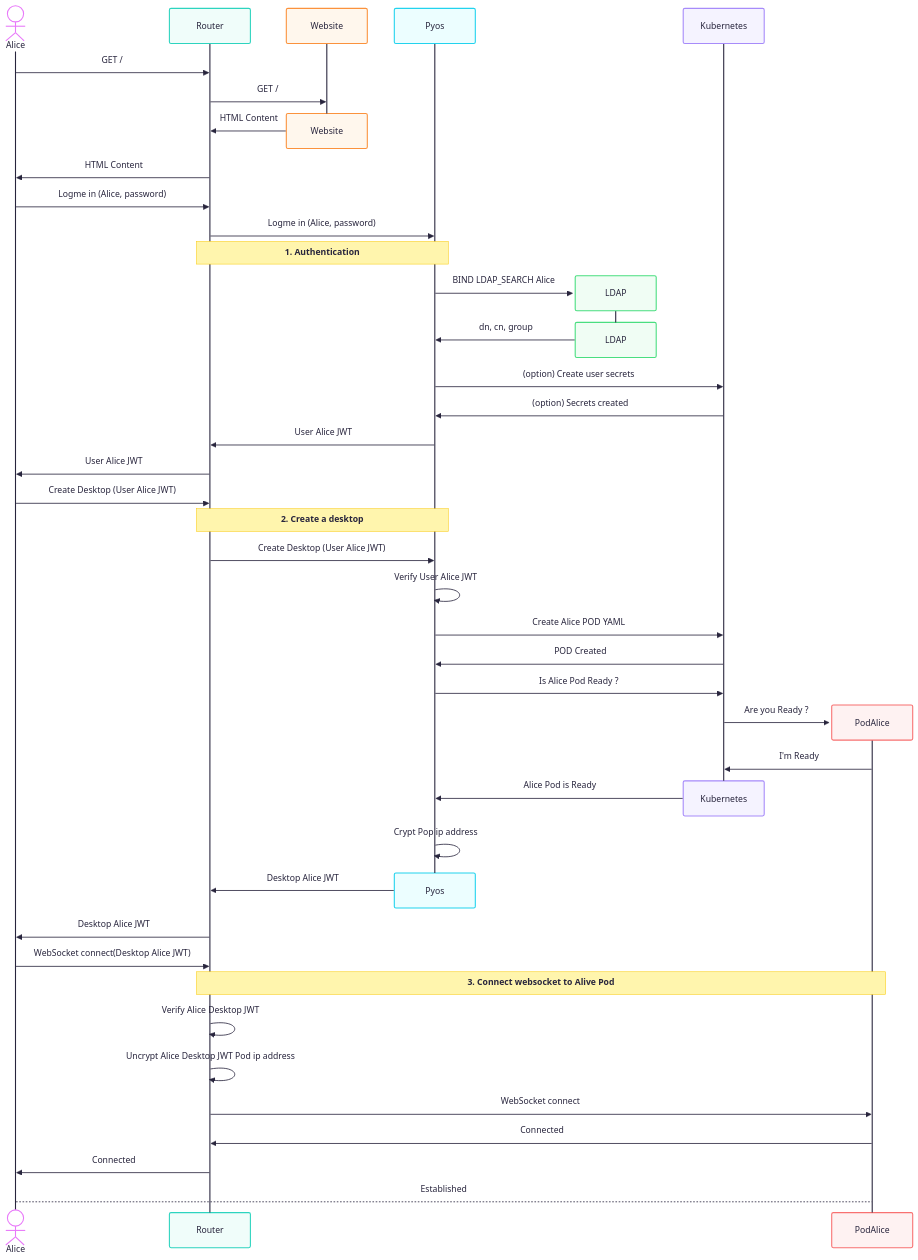
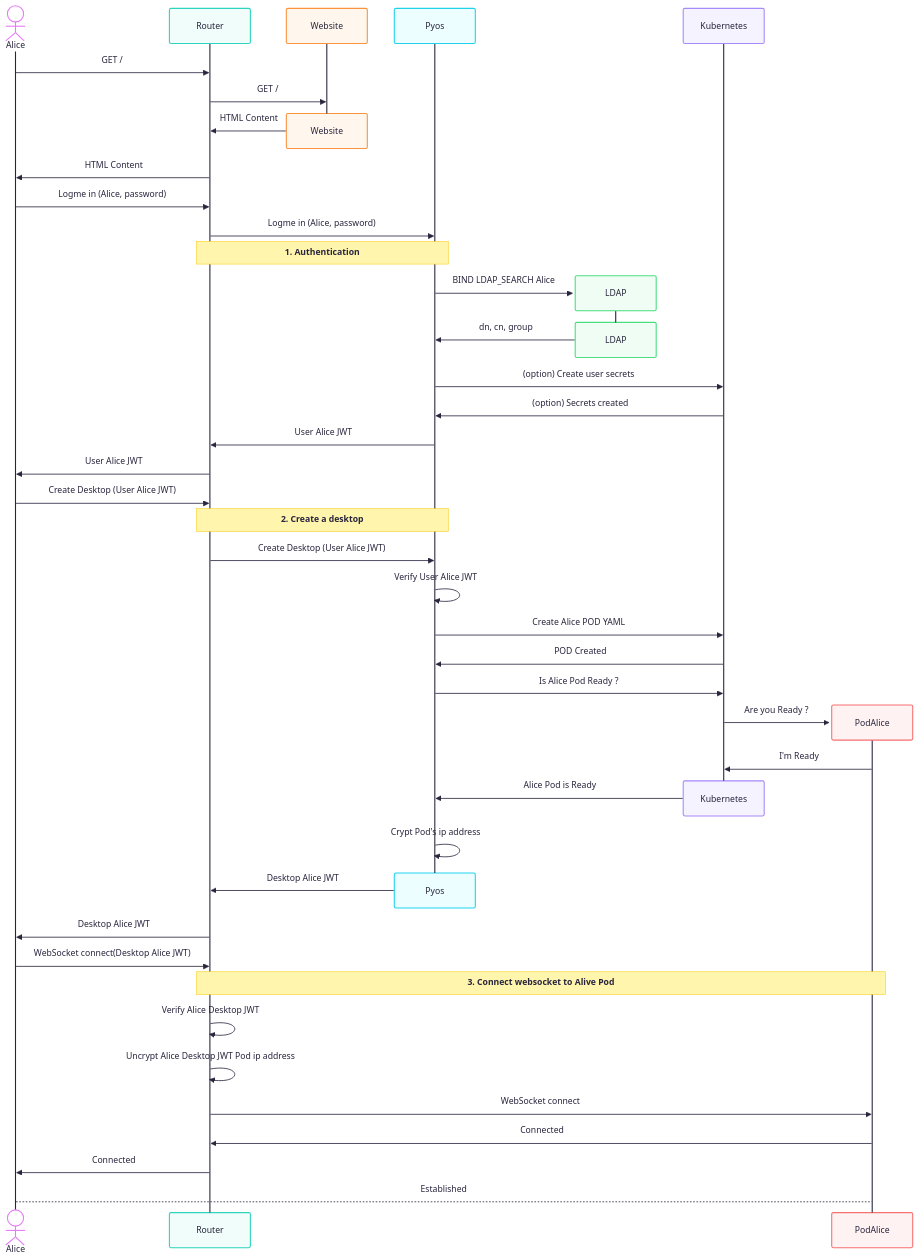
One commit to abcdesktopio/docs changed the second of 2 diagrams in opsdocs/docs/architecture/overview.md. Above: the diagram before and after it, drawn with Mermaid.

````diff
--- a/opsdocs/docs/architecture/overview.md
+++ b/opsdocs/docs/architecture/overview.md
@@ -59,48 +59,48 @@
 ``` mermaid
 ---
 config:
   theme: redux-color
 ---
 sequenceDiagram
     actor Alice
     Alice->> Router: GET /
     Router->>Website: GET /
     destroy Website
     Website->>Router: HTML Content
     Router->>Alice: HTML Content
     Alice->>Router: Logme in (Alice, password)
     Router->>Pyos: Logme in (Alice, password)
     Note over Router,Pyos: 1. Authentication
     Create participant LDAP
     Pyos->>LDAP: BIND LDAP_SEARCH Alice
     destroy LDAP
     LDAP->>Pyos: dn, cn, group
     Pyos->>Kubernetes: (option) Create user secrets
     Kubernetes->>Pyos: (option) Secrets created
     Pyos->>Router: User Alice JWT
     Router->>Alice: User Alice JWT
     Alice->>Router: Create Desktop (User Alice JWT)
     Note over Router,Pyos: 2. Create a desktop
     Router->>Pyos: Create Desktop (User Alice JWT)
     Pyos->>Pyos: Verify User Alice JWT
     Pyos->>Kubernetes: Create Alice POD YAML
     Kubernetes->>Pyos: POD Created
     Pyos->>Kubernetes: Is Alice Pod Ready ?
     Create participant PodAlice
     Kubernetes->>PodAlice: Are you Ready ?
     PodAlice->>Kubernetes: I'm Ready
     destroy Kubernetes
     Kubernetes->>Pyos: Alice Pod is Ready
-    Pyos->>Pyos: Crypt Pop ip address
+    Pyos->>Pyos: Crypt Pod's ip address
     destroy Pyos
     Pyos->>Router: Desktop Alice JWT
     Router->>Alice: Desktop Alice JWT
     Alice->>Router: WebSocket connect(Desktop Alice JWT)
     Note over Router,PodAlice: 3. Connect websocket to Alive Pod
     Router->>Router: Verify Alice Desktop JWT
     Router->>Router: Uncrypt Alice Desktop JWT Pod ip address
     Router->>PodAlice: WebSocket connect
     PodAlice->>Router: Connected
     Router->>Alice: Connected
     Alice-->PodAlice: Established
 ```
````
